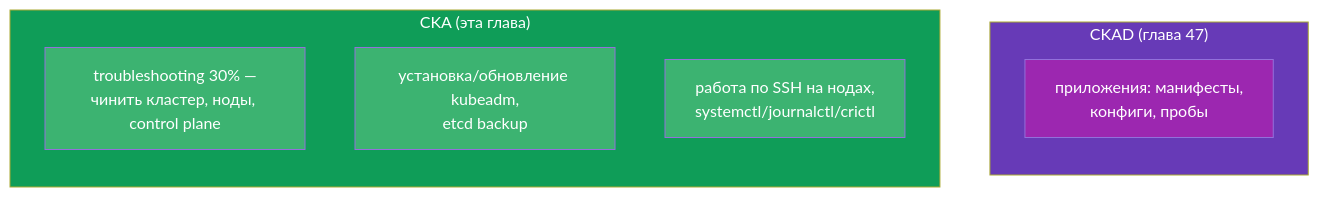
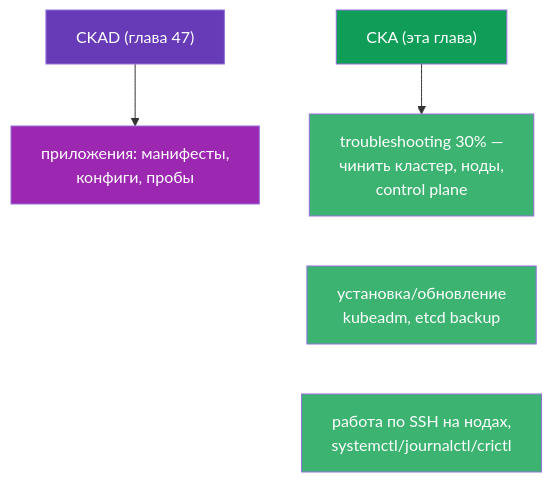
One commit to ViktorUJ/cks changed the first of 8 diagrams in tasks/cka/course/48/ru.md. Above: the diagram before and after it, drawn with Mermaid. The commit also changed other lines of this file and 30 other files, not shown here.

````diff
--- a/tasks/cka/course/48/ru.md
+++ b/tasks/cka/course/48/ru.md
@@ -17,19 +17,16 @@
 ```mermaid
 flowchart TB
-    subgraph CKAD["CKAD (глава 47)"]
-        direction TB
-        d1["приложения: манифесты,<br>конфиги, пробы"]
-    end
-    subgraph CKA["CKA (эта глава)"]
-        direction TB
-        a1["troubleshooting 30% —<br>чинить кластер, ноды, control plane"]
-        a2["установка/обновление kubeadm,<br>etcd backup"]
-        a3["работа по SSH на нодах,<br>systemctl/journalctl/crictl"]
-    end
-    style CKAD fill:#673ab7,color:#fff
-    style CKA fill:#0f9d58,color:#fff
+    ckad["CKAD (глава 47)"]
+    ckad --> d1["приложения: манифесты,<br>конфиги, пробы"]
+
+    cka["CKA (эта глава)"]
+    cka --> a1["troubleshooting 30% —<br>чинить кластер, ноды,<br>control plane"]
+    a1 ~~~ a2["установка/обновление<br>kubeadm, etcd backup"]
+    a2 ~~~ a3["работа по SSH на нодах,<br>systemctl/journalctl/crictl"]
+    style ckad fill:#673ab7,color:#fff
+    style cka fill:#0f9d58,color:#fff
     style d1 fill:#9c27b0,color:#fff
     style a1 fill:#3cb371,color:#fff
     style a2 fill:#3cb371,color:#fff
     style a3 fill:#3cb371,color:#fff
 ```
````
